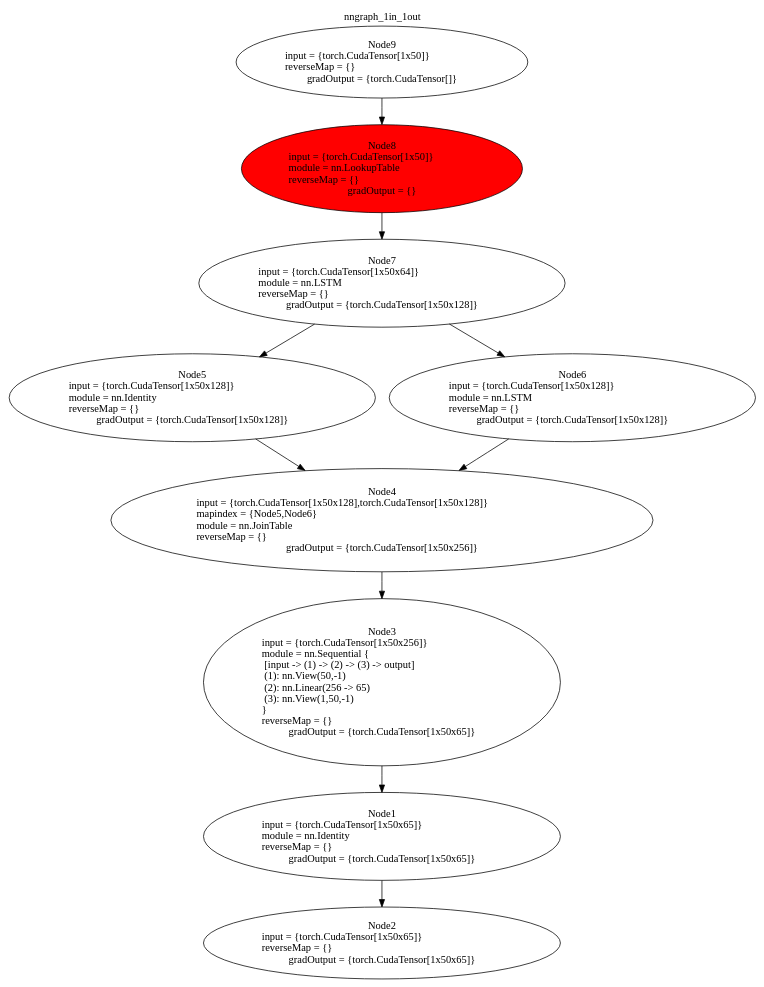
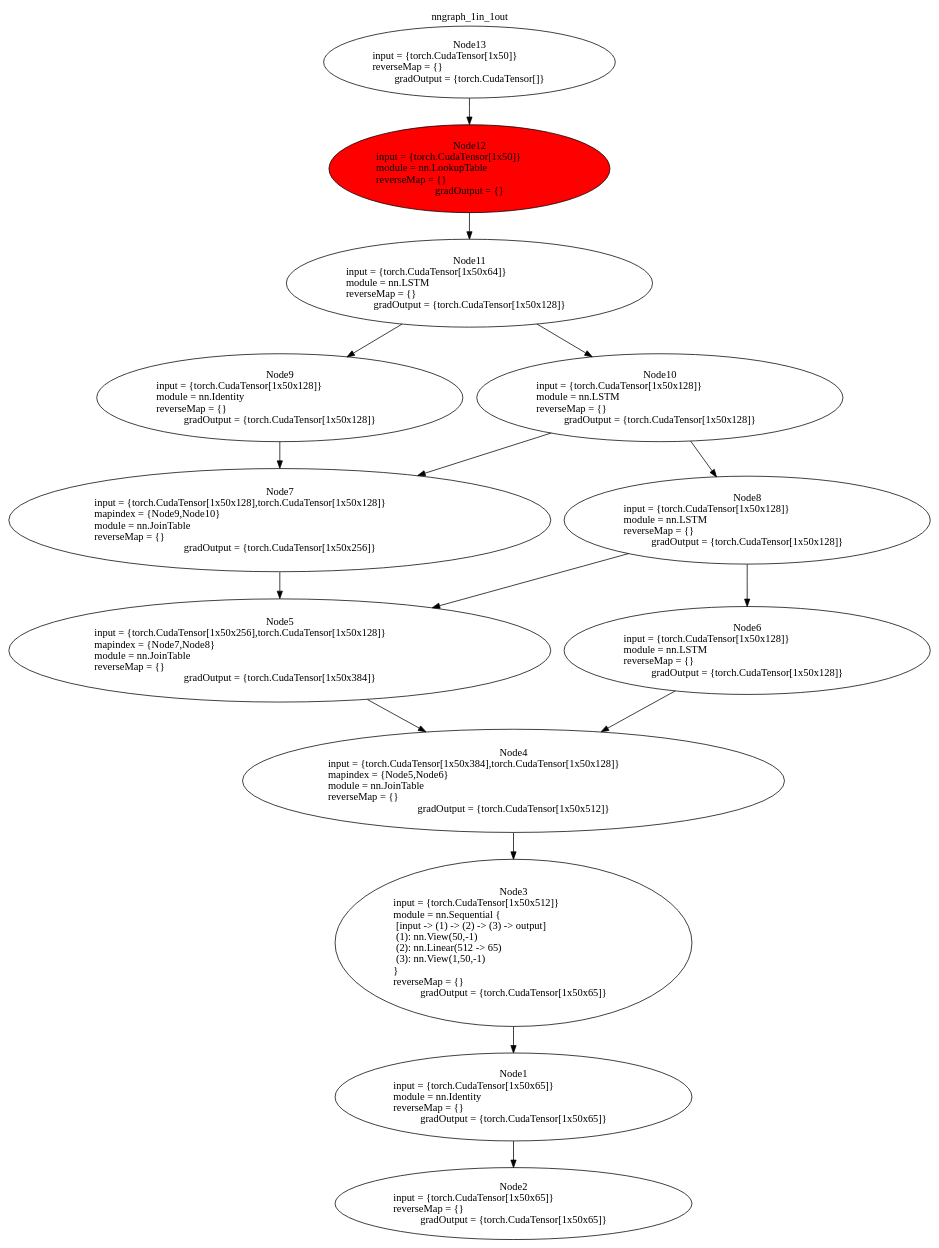
Before and after one commit to DylanAuty/torch-rnn-constrained: the diagram in nngraph_1in_1out.dot, drawn with Graphviz. The commit also changed 1 other file, not shown here.

```diff
--- a/nngraph_1in_1out.dot
+++ b/nngraph_1in_1out.dot
@@ -1,24 +1,34 @@
 digraph G {
 labelloc="t";
 label="nngraph_1in_1out";
 node [shape = oval]; 
 n1[label="Node1\ninput = {torch.CudaTensor[1x50x65]}\lmodule = nn.Identity\lreverseMap = {}\lgradOutput = {torch.CudaTensor[1x50x65]}" tooltip="[./LanguageModelSkipCon.lua]:123_"];
 n2[label="Node2\ninput = {torch.CudaTensor[1x50x65]}\lreverseMap = {}\lgradOutput = {torch.CudaTensor[1x50x65]}" tooltip="[[C]]:-1_"];
-n3[label="Node3\ninput = {torch.CudaTensor[1x50x256]}\lmodule = nn.Sequential {\l  [input -> (1) -> (2) -> (3) -> output]\l  (1): nn.View(50,-1)\l  (2): nn.Linear(256 -> 65)\l  (3): nn.View(1,50,-1)\l}\lreverseMap = {}\lgradOutput = {torch.CudaTensor[1x50x65]}" tooltip="[./LanguageModelSkipCon.lua]:123_"];
-n4[label="Node4\ninput = {torch.CudaTensor[1x50x128],torch.CudaTensor[1x50x128]}\lmapindex = {Node5,Node6}\lmodule = nn.JoinTable\lreverseMap = {}\lgradOutput = {torch.CudaTensor[1x50x256]}" tooltip="[./LanguageModelSkipCon.lua]:85_"];
-n5[label="Node5\ninput = {torch.CudaTensor[1x50x128]}\lmodule = nn.Identity\lreverseMap = {}\lgradOutput = {torch.CudaTensor[1x50x128]}" tooltip="[./LanguageModelSkipCon.lua]:64_"];
-n6[label="Node6\ninput = {torch.CudaTensor[1x50x128]}\lmodule = nn.LSTM\lreverseMap = {}\lgradOutput = {torch.CudaTensor[1x50x128]}" tooltip="[./LanguageModelSkipCon.lua]:79_"];
-n7[label="Node7\ninput = {torch.CudaTensor[1x50x64]}\lmodule = nn.LSTM\lreverseMap = {}\lgradOutput = {torch.CudaTensor[1x50x128]}" tooltip="[./LanguageModelSkipCon.lua]:58_"];
-n8[label="Node8\ninput = {torch.CudaTensor[1x50]}\lmodule = nn.LookupTable\lreverseMap = {}\lgradOutput = {}" tooltip="[./LanguageModelSkipCon.lua]:41_"];
-n9[label="Node9\ninput = {torch.CudaTensor[1x50]}\lreverseMap = {}\lgradOutput = {torch.CudaTensor[]}" tooltip="[[C]]:-1_"];
+n3[label="Node3\ninput = {torch.CudaTensor[1x50x512]}\lmodule = nn.Sequential {\l  [input -> (1) -> (2) -> (3) -> output]\l  (1): nn.View(50,-1)\l  (2): nn.Linear(512 -> 65)\l  (3): nn.View(1,50,-1)\l}\lreverseMap = {}\lgradOutput = {torch.CudaTensor[1x50x65]}" tooltip="[./LanguageModelSkipCon.lua]:123_"];
+n4[label="Node4\ninput = {torch.CudaTensor[1x50x384],torch.CudaTensor[1x50x128]}\lmapindex = {Node5,Node6}\lmodule = nn.JoinTable\lreverseMap = {}\lgradOutput = {torch.CudaTensor[1x50x512]}" tooltip="[./LanguageModelSkipCon.lua]:84_"];
+n5[label="Node5\ninput = {torch.CudaTensor[1x50x256],torch.CudaTensor[1x50x128]}\lmapindex = {Node7,Node8}\lmodule = nn.JoinTable\lreverseMap = {}\lgradOutput = {torch.CudaTensor[1x50x384]}" tooltip="[./LanguageModelSkipCon.lua]:84_"];
+n6[label="Node6\ninput = {torch.CudaTensor[1x50x128]}\lmodule = nn.LSTM\lreverseMap = {}\lgradOutput = {torch.CudaTensor[1x50x128]}" tooltip="[./LanguageModelSkipCon.lua]:78_"];
+n7[label="Node7\ninput = {torch.CudaTensor[1x50x128],torch.CudaTensor[1x50x128]}\lmapindex = {Node9,Node10}\lmodule = nn.JoinTable\lreverseMap = {}\lgradOutput = {torch.CudaTensor[1x50x256]}" tooltip="[./LanguageModelSkipCon.lua]:84_"];
+n8[label="Node8\ninput = {torch.CudaTensor[1x50x128]}\lmodule = nn.LSTM\lreverseMap = {}\lgradOutput = {torch.CudaTensor[1x50x128]}" tooltip="[./LanguageModelSkipCon.lua]:78_"];
+n9[label="Node9\ninput = {torch.CudaTensor[1x50x128]}\lmodule = nn.Identity\lreverseMap = {}\lgradOutput = {torch.CudaTensor[1x50x128]}" tooltip="[./LanguageModelSkipCon.lua]:63_"];
+n10[label="Node10\ninput = {torch.CudaTensor[1x50x128]}\lmodule = nn.LSTM\lreverseMap = {}\lgradOutput = {torch.CudaTensor[1x50x128]}" tooltip="[./LanguageModelSkipCon.lua]:78_"];
+n11[label="Node11\ninput = {torch.CudaTensor[1x50x64]}\lmodule = nn.LSTM\lreverseMap = {}\lgradOutput = {torch.CudaTensor[1x50x128]}" tooltip="[./LanguageModelSkipCon.lua]:57_"];
+n12[label="Node12\ninput = {torch.CudaTensor[1x50]}\lmodule = nn.LookupTable\lreverseMap = {}\lgradOutput = {}" tooltip="[./LanguageModelSkipCon.lua]:41_"];
+n13[label="Node13\ninput = {torch.CudaTensor[1x50]}\lreverseMap = {}\lgradOutput = {torch.CudaTensor[]}" tooltip="[[C]]:-1_"];
 n1 -> n2;
 n3 -> n1;
 n4 -> n3;
 n5 -> n4;
 n6 -> n4;
 n7 -> n5;
-n7 -> n6;
-n8 -> n7;
-n9 -> n8;
-n8[style=filled, fillcolor=red];
+n8 -> n5;
+n8 -> n6;
+n9 -> n7;
+n10 -> n7;
+n10 -> n8;
+n11 -> n9;
+n11 -> n10;
+n12 -> n11;
+n13 -> n12;
+n12[style=filled, fillcolor=red];
 }
```
